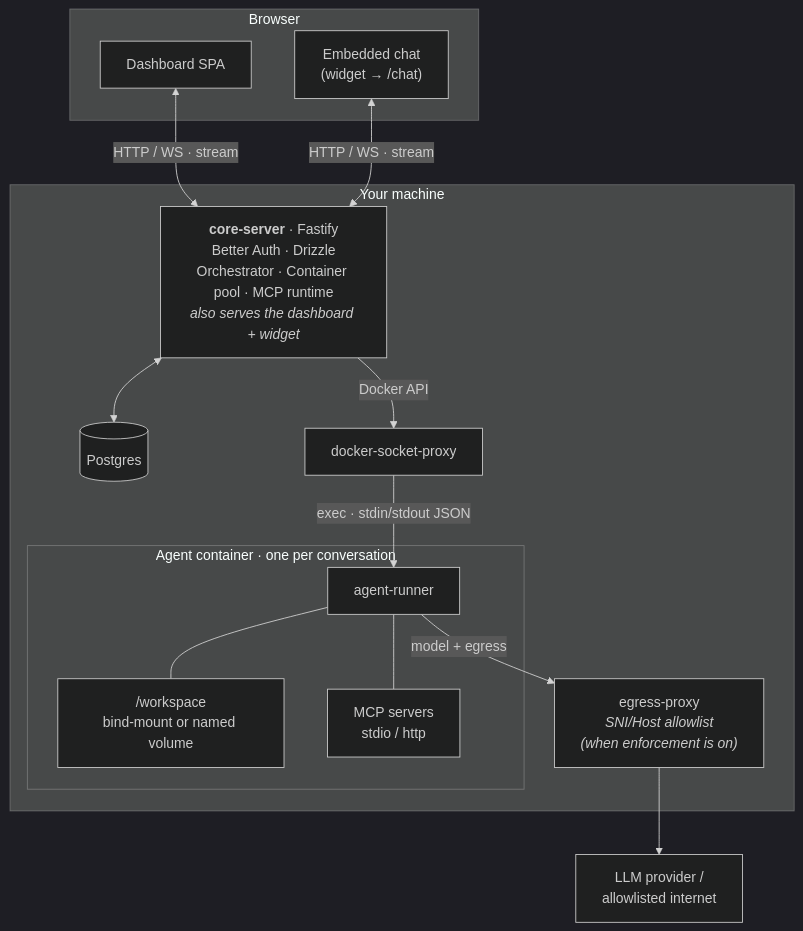
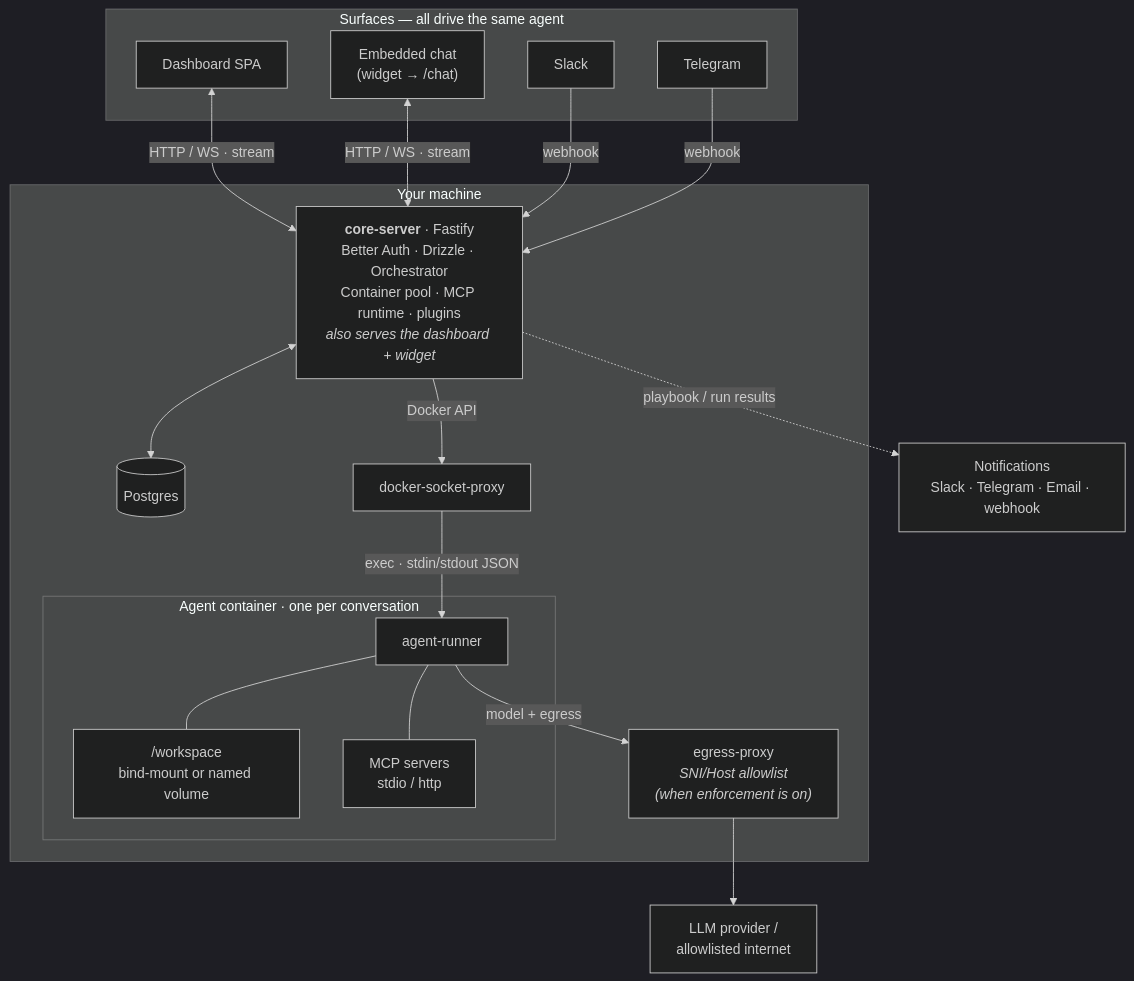
The diagram in README.md (vonzio/vonzio), drawn with Mermaid (dark theme) before and after one commit. The commit also changed other lines of this file, not shown here.

Commit message:
docs(readme): show Slack/Telegram surfaces + notification channels in diagram (#212)
The diagram showed only the browser/widget client. Added the inbound chat
surfaces (Slack, Telegram — webhook → same agent via runForPrincipal) and the
outbound notification channels (Slack/Telegram/email/webhook on playbook/run
results), since 'reachable + notifies from anywhere by default' is a real
strength. Renamed the client group to 'Surfaces — all drive the same agent'.

````diff
--- a/README.md
+++ b/README.md
@@ -99,31 +101,37 @@
 ```mermaid
 flowchart TB
-  subgraph BROWSER["Browser"]
+  subgraph SURFACES["Surfaces — all drive the same agent"]
     DASH["Dashboard SPA"]
     EMBED["Embedded chat<br/>(widget → /chat)"]
+    SLACK["Slack"]
+    TG["Telegram"]
   end
 
   subgraph HOST["Your machine"]
-    CS["<b>core-server</b> · Fastify<br/>Better Auth · Drizzle<br/>Orchestrator · Container pool · MCP runtime<br/><i>also serves the dashboard + widget</i>"]
+    CS["<b>core-server</b> · Fastify<br/>Better Auth · Drizzle · Orchestrator<br/>Container pool · MCP runtime · plugins<br/><i>also serves the dashboard + widget</i>"]
     PG[("Postgres")]
     DSP["docker-socket-proxy"]
     EG["egress-proxy<br/><i>SNI/Host allowlist<br/>(when enforcement is on)</i>"]
     subgraph AGENT["Agent container · one per conversation"]
       RUN["agent-runner"]
       WS["/workspace<br/>bind-mount or named volume"]
       MCP["MCP servers<br/>stdio / http"]
     end
   end
 
   LLM["LLM provider /<br/>allowlisted internet"]
+  NOTIFY["Notifications<br/>Slack · Telegram · Email · webhook"]
 
   DASH <-->|"HTTP / WS · stream"| CS
   EMBED <-->|"HTTP / WS · stream"| CS
+  SLACK -->|"webhook"| CS
+  TG -->|"webhook"| CS
   CS <--> PG
   CS -->|"Docker API"| DSP
   DSP -->|"exec · stdin/stdout JSON"| RUN
   RUN --- WS
   RUN --- MCP
   RUN -->|"model + egress"| EG
   EG --> LLM
+  CS -.->|"playbook / run results"| NOTIFY
 ```
````
